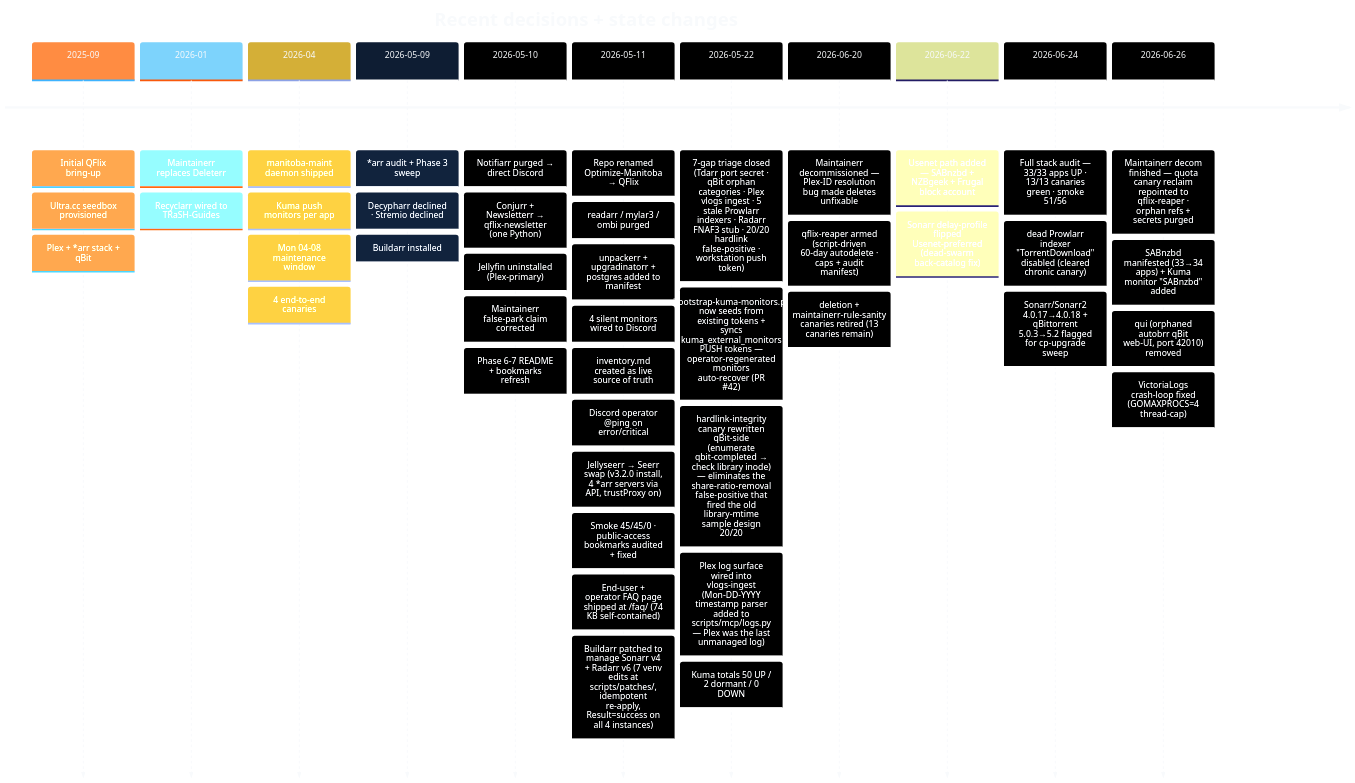
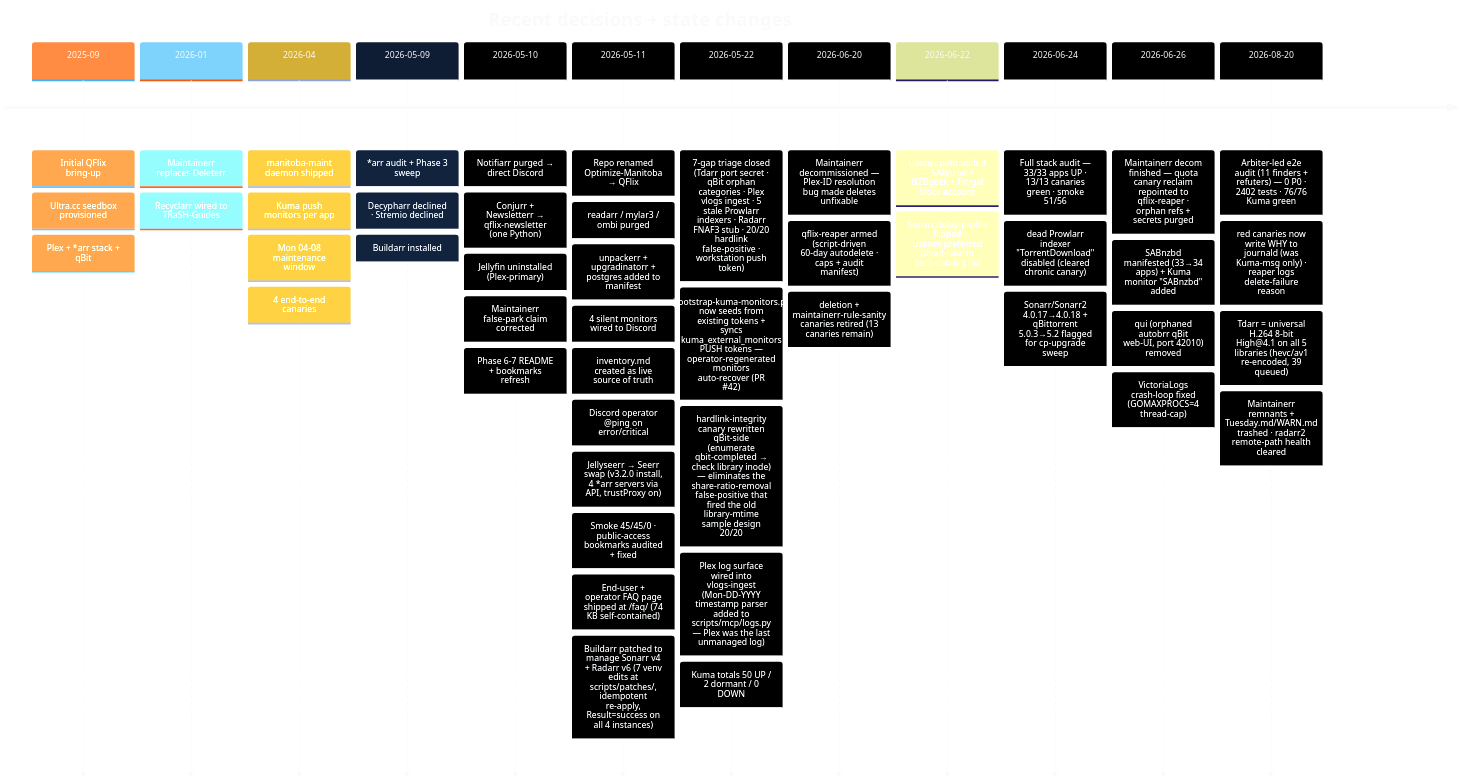
The sixth of 6 diagrams in README.md (Quadstronaut/QFlix), drawn with Mermaid before and after one commit. The commit also changed 1 other file, not shown here.

Commit message:
docs: CHANGELOG 2026-08-20 (II) arbiter audit + README timeline
Claude-Session: https://claude.ai/code/session_01KYtG3jef4VxrfiRzKbrojG

````diff
--- a/README.md
+++ b/README.md
@@ -245,49 +245,53 @@
 ```mermaid
 %%{init: {'theme':'base','themeVariables':{'primaryColor':'#0e1d33','primaryTextColor':'#f8fafc','primaryBorderColor':'#ff8c42','lineColor':'#7dd3fc','secondaryColor':'#05101f','tertiaryColor':'#0a1628','cScale0':'#ff8c42','cScale1':'#7dd3fc','cScale2':'#d4af37','cScale3':'#0e1d33','fontFamily':'Segoe UI, Roboto, sans-serif'}}}%%
 timeline
   title Recent decisions + state changes
   2025-09 : Initial QFlix bring-up
           : Ultra.cc seedbox provisioned
           : Plex + *arr stack + qBit
   2026-01 : Maintainerr replaces Deleterr
           : Recyclarr wired to TRaSH-Guides
   2026-04 : manitoba-maint daemon shipped
           : Kuma push monitors per app
           : Mon 04-08 maintenance window
           : 4 end-to-end canaries
   2026-05-09 : *arr audit + Phase 3 sweep
             : Decypharr declined · Stremio declined
             : Buildarr installed
   2026-05-10 : Notifiarr purged → direct Discord
             : Conjurr + Newsletterr → qflix-newsletter (one Python)
             : Jellyfin uninstalled (Plex-primary)
             : Maintainerr false-park claim corrected
             : Phase 6-7 README + bookmarks refresh
   2026-05-11 : Repo renamed Optimize-Manitoba → QFlix
             : readarr / mylar3 / ombi purged
             : unpackerr + upgradinatorr + postgres added to manifest
             : 4 silent monitors wired to Discord
             : inventory.md created as live source of truth
             : Discord operator @ping on error/critical
             : Jellyseerr → Seerr swap (v3.2.0 install, 4 *arr servers via API, trustProxy on)
             : Smoke 45/45/0 · public-access bookmarks audited + fixed
             : End-user + operator FAQ page shipped at /faq/ (74 KB self-contained)
             : Buildarr patched to manage Sonarr v4 + Radarr v6 (7 venv edits at scripts/patches/, idempotent re-apply, Result=success on all 4 instances)
   2026-05-22 : 7-gap triage closed (Tdarr port secret · qBit orphan categories · Plex vlogs ingest · 5 stale Prowlarr indexers · Radarr FNAF3 stub · 20/20 hardlink false-positive · workstation push token)
             : bootstrap-kuma-monitors.py now seeds from existing tokens + syncs kuma_external_monitors PUSH tokens — operator-regenerated monitors auto-recover (PR #42)
             : hardlink-integrity canary rewritten qBit-side (enumerate qbit-completed → check library inode) — eliminates the share-ratio-removal false-positive that fired the old library-mtime sample design 20/20
             : Plex log surface wired into vlogs-ingest (Mon-DD-YYYY timestamp parser added to scripts/mcp/logs.py — Plex was the last unmanaged log)
             : Kuma totals 50 UP / 2 dormant / 0 DOWN
   2026-06-20 : Maintainerr decommissioned — Plex-ID resolution bug made deletes unfixable
             : qflix-reaper armed (script-driven 60-day autodelete · caps + audit manifest)
             : deletion + maintainerr-rule-sanity canaries retired (13 canaries remain)
   2026-06-22 : Usenet path added — SABnzbd + NZBgeek + Frugal block account
             : Sonarr delay-profile flipped Usenet-preferred (dead-swarm back-catalog fix)
   2026-06-24 : Full stack audit — 33/33 apps UP · 13/13 canaries green · smoke 51/56
             : dead Prowlarr indexer "TorrentDownload" disabled (cleared chronic canary)
             : Sonarr/Sonarr2 4.0.17→4.0.18 + qBittorrent 5.0.3→5.2 flagged for cp-upgrade sweep
   2026-06-26 : Maintainerr decom finished — quota canary reclaim repointed to qflix-reaper · orphan refs + secrets purged
             : SABnzbd manifested (33→34 apps) + Kuma monitor "SABnzbd" added
             : qui (orphaned autobrr qBit web-UI, port 42010) removed
             : VictoriaLogs crash-loop fixed (GOMAXPROCS=4 thread-cap)
+  2026-08-20 : Arbiter-led e2e audit (11 finders + refuters) — 0 P0 · 2402 tests · 76/76 Kuma green
+            : red canaries now write WHY to journald (was Kuma-msg only) · reaper logs delete-failure reason
+            : Tdarr = universal H.264 8-bit High@4.1 on all 5 libraries (hevc/av1 re-encoded, 39 queued)
+            : Maintainerr remnants + Tuesday.md/WARN.md trashed · radarr2 remote-path health cleared
 ```
````
